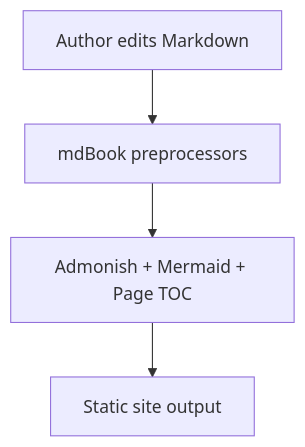
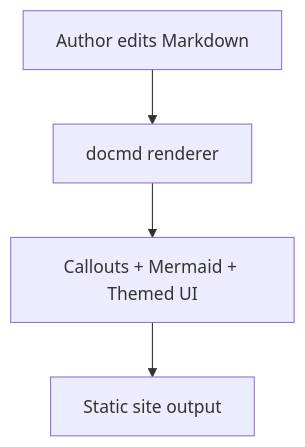
One commit to ALE-Psych-Crew/ALEPsych-Docs changed the diagram in book/src/plugin-showcase.md. Above: the diagram before and after it, drawn with Mermaid. The commit also changed other lines of this file and 16 other files, not shown here.

````diff
--- a/book/src/plugin-showcase.md
+++ b/book/src/plugin-showcase.md
@@ -17,6 +17,6 @@
 ```mermaid
 flowchart TD
-    A[Author edits Markdown] --> B[mdBook preprocessors]
-    B --> C[Admonish + Mermaid + Page TOC]
+    A[Author edits Markdown] --> B[docmd renderer]
+    B --> C[Callouts + Mermaid + Themed UI]
     C --> D[Static site output]
 ```
````
